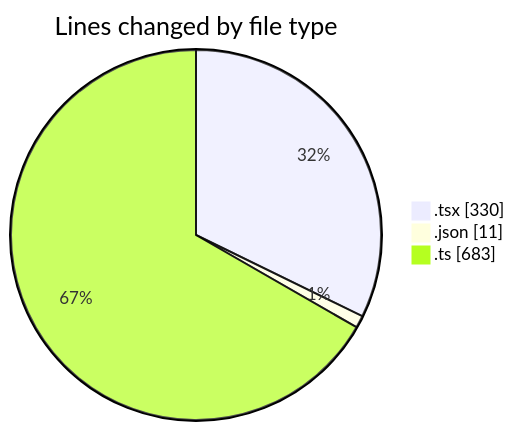
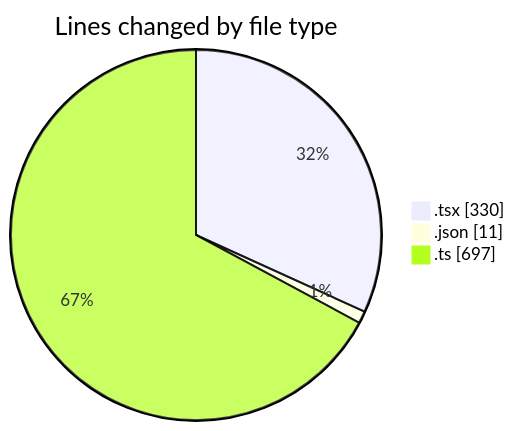
The first of 2 diagrams in 2025-05-12/cda/README.md (momahboobian/code-tracking), drawn with Mermaid before and after one commit. The commit also changed other lines of this file and 1 other file, not shown here.

````diff
--- a/2025-05-12/cda/README.md
+++ b/2025-05-12/cda/README.md
@@ -31,7 +31,7 @@
 ```mermaid
 pie showData
 title Lines changed by file type
 ".tsx" : 330
 ".json" : 11
-".ts" : 683
+".ts" : 697
 ```
````
